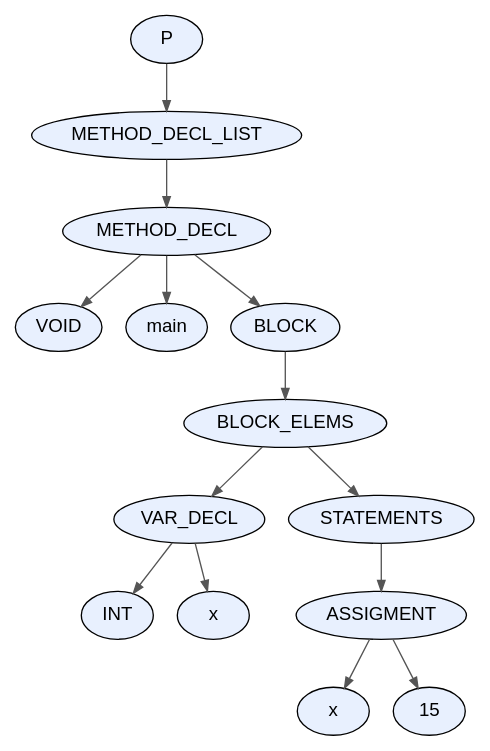
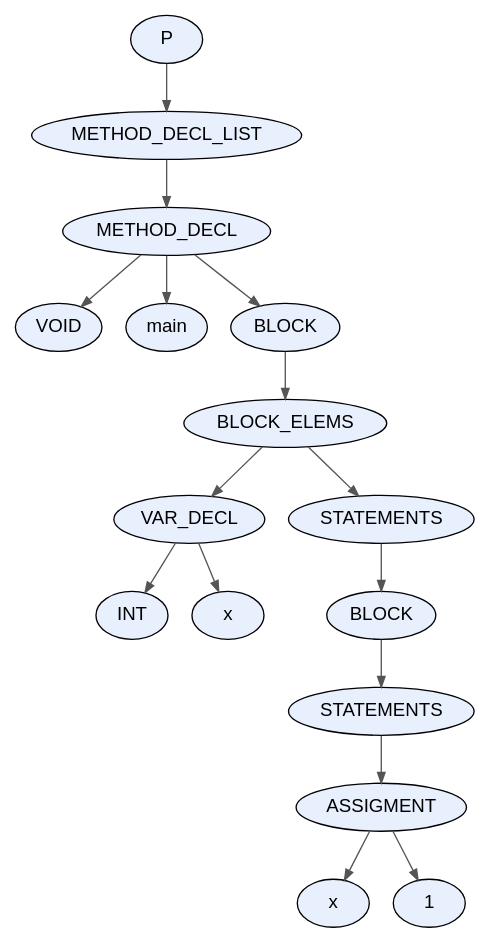
The diagram in proyecto/dot_files/test1.dot (facundo-dario-loser/TDS2026), drawn with Graphviz before and after one commit. The commit also changed 53 other files, not shown here.

```diff
--- a/proyecto/dot_files/test1.dot
+++ b/proyecto/dot_files/test1.dot
@@ -1,31 +1,35 @@
 digraph AST {
   node [fontname="Arial"];
   edge [arrowsize=0.8, color="#555555"];
-  "node_0x5d3d921c4be0" [label="P", style=filled, fillcolor="#E8F0FE", shape=ellipse, style="rounded,filled"];
-  "node_0x5d3d921c4be0" -> "node_0x5d3d921c4b90";
-  "node_0x5d3d921c4b90" [label="METHOD_DECL_LIST", style=filled, fillcolor="#E8F0FE", shape=ellipse, style="rounded,filled"];
-  "node_0x5d3d921c4b90" -> "node_0x5d3d921c4b40";
-  "node_0x5d3d921c4b40" [label="METHOD_DECL", style=filled, fillcolor="#E8F0FE", shape=ellipse, style="rounded,filled"];
-  "node_0x5d3d921c4b40" -> "node_0x5d3d921c4a80";
-  "node_0x5d3d921c4a80" [label="VOID", style=filled, fillcolor="#E8F0FE", shape=ellipse, style="rounded,filled"];
-  "node_0x5d3d921c4b40" -> "node_0x5d3d921c4ad0";
-  "node_0x5d3d921c4ad0" [label="main", style=filled, fillcolor="#E8F0FE", shape=ellipse, style="rounded,filled"];
-  "node_0x5d3d921c4b40" -> "node_0x5d3d921c4a30";
-  "node_0x5d3d921c4a30" [label="BLOCK", style=filled, fillcolor="#E8F0FE", shape=ellipse, style="rounded,filled"];
-  "node_0x5d3d921c4a30" -> "node_0x5d3d921c49e0";
-  "node_0x5d3d921c49e0" [label="BLOCK_ELEMS", style=filled, fillcolor="#E8F0FE", shape=ellipse, style="rounded,filled"];
-  "node_0x5d3d921c49e0" -> "node_0x5d3d921c4630";
-  "node_0x5d3d921c4630" [label="VAR_DECL", style=filled, fillcolor="#E8F0FE", shape=ellipse, style="rounded,filled"];
-  "node_0x5d3d921c4630" -> "node_0x5d3d921c4550";
-  "node_0x5d3d921c4550" [label="INT", style=filled, fillcolor="#E8F0FE", shape=ellipse, style="rounded,filled"];
-  "node_0x5d3d921c4630" -> "node_0x5d3d921c45c0";
-  "node_0x5d3d921c45c0" [label="x", style=filled, fillcolor="#E8F0FE", shape=ellipse, style="rounded,filled"];
-  "node_0x5d3d921c49e0" -> "node_0x5d3d921c4990";
-  "node_0x5d3d921c4990" [label="STATEMENTS", style=filled, fillcolor="#E8F0FE", shape=ellipse, style="rounded,filled"];
-  "node_0x5d3d921c4990" -> "node_0x5d3d921c4940";
-  "node_0x5d3d921c4940" [label="ASSIGMENT", style=filled, fillcolor="#E8F0FE", shape=ellipse, style="rounded,filled"];
-  "node_0x5d3d921c4940" -> "node_0x5d3d921c48d0";
-  "node_0x5d3d921c48d0" [label="x", style=filled, fillcolor="#E8F0FE", shape=ellipse, style="rounded,filled"];
-  "node_0x5d3d921c4940" -> "node_0x5d3d921c4740";
-  "node_0x5d3d921c4740" [label="15", style=filled, fillcolor="#E8F0FE", shape=ellipse, style="rounded,filled"];
+  "node_0x55aa39d23d10" [label="P", style=filled, fillcolor="#E8F0FE", shape=ellipse, style="rounded,filled"];
+  "node_0x55aa39d23d10" -> "node_0x55aa39d23cc0";
+  "node_0x55aa39d23cc0" [label="METHOD_DECL_LIST", style=filled, fillcolor="#E8F0FE", shape=ellipse, style="rounded,filled"];
+  "node_0x55aa39d23cc0" -> "node_0x55aa39d23c70";
+  "node_0x55aa39d23c70" [label="METHOD_DECL", style=filled, fillcolor="#E8F0FE", shape=ellipse, style="rounded,filled"];
+  "node_0x55aa39d23c70" -> "node_0x55aa39d23bb0";
+  "node_0x55aa39d23bb0" [label="VOID", style=filled, fillcolor="#E8F0FE", shape=ellipse, style="rounded,filled"];
+  "node_0x55aa39d23c70" -> "node_0x55aa39d23c00";
+  "node_0x55aa39d23c00" [label="main", style=filled, fillcolor="#E8F0FE", shape=ellipse, style="rounded,filled"];
+  "node_0x55aa39d23c70" -> "node_0x55aa39d23b60";
+  "node_0x55aa39d23b60" [label="BLOCK", style=filled, fillcolor="#E8F0FE", shape=ellipse, style="rounded,filled"];
+  "node_0x55aa39d23b60" -> "node_0x55aa39d23b10";
+  "node_0x55aa39d23b10" [label="BLOCK_ELEMS", style=filled, fillcolor="#E8F0FE", shape=ellipse, style="rounded,filled"];
+  "node_0x55aa39d23b10" -> "node_0x55aa39d23630";
+  "node_0x55aa39d23630" [label="VAR_DECL", style=filled, fillcolor="#E8F0FE", shape=ellipse, style="rounded,filled"];
+  "node_0x55aa39d23630" -> "node_0x55aa39d23550";
+  "node_0x55aa39d23550" [label="INT", style=filled, fillcolor="#E8F0FE", shape=ellipse, style="rounded,filled"];
+  "node_0x55aa39d23630" -> "node_0x55aa39d235c0";
+  "node_0x55aa39d235c0" [label="x", style=filled, fillcolor="#E8F0FE", shape=ellipse, style="rounded,filled"];
+  "node_0x55aa39d23b10" -> "node_0x55aa39d23ac0";
+  "node_0x55aa39d23ac0" [label="STATEMENTS", style=filled, fillcolor="#E8F0FE", shape=ellipse, style="rounded,filled"];
+  "node_0x55aa39d23ac0" -> "node_0x55aa39d23850";
+  "node_0x55aa39d23850" [label="BLOCK", style=filled, fillcolor="#E8F0FE", shape=ellipse, style="rounded,filled"];
+  "node_0x55aa39d23850" -> "node_0x55aa39d23800";
+  "node_0x55aa39d23800" [label="STATEMENTS", style=filled, fillcolor="#E8F0FE", shape=ellipse, style="rounded,filled"];
+  "node_0x55aa39d23800" -> "node_0x55aa39d237b0";
+  "node_0x55aa39d237b0" [label="ASSIGMENT", style=filled, fillcolor="#E8F0FE", shape=ellipse, style="rounded,filled"];
+  "node_0x55aa39d237b0" -> "node_0x55aa39d23740";
+  "node_0x55aa39d23740" [label="x", style=filled, fillcolor="#E8F0FE", shape=ellipse, style="rounded,filled"];
+  "node_0x55aa39d237b0" -> "node_0x55aa39d236f0";
+  "node_0x55aa39d236f0" [label="1", style=filled, fillcolor="#E8F0FE", shape=ellipse, style="rounded,filled"];
 }
```
